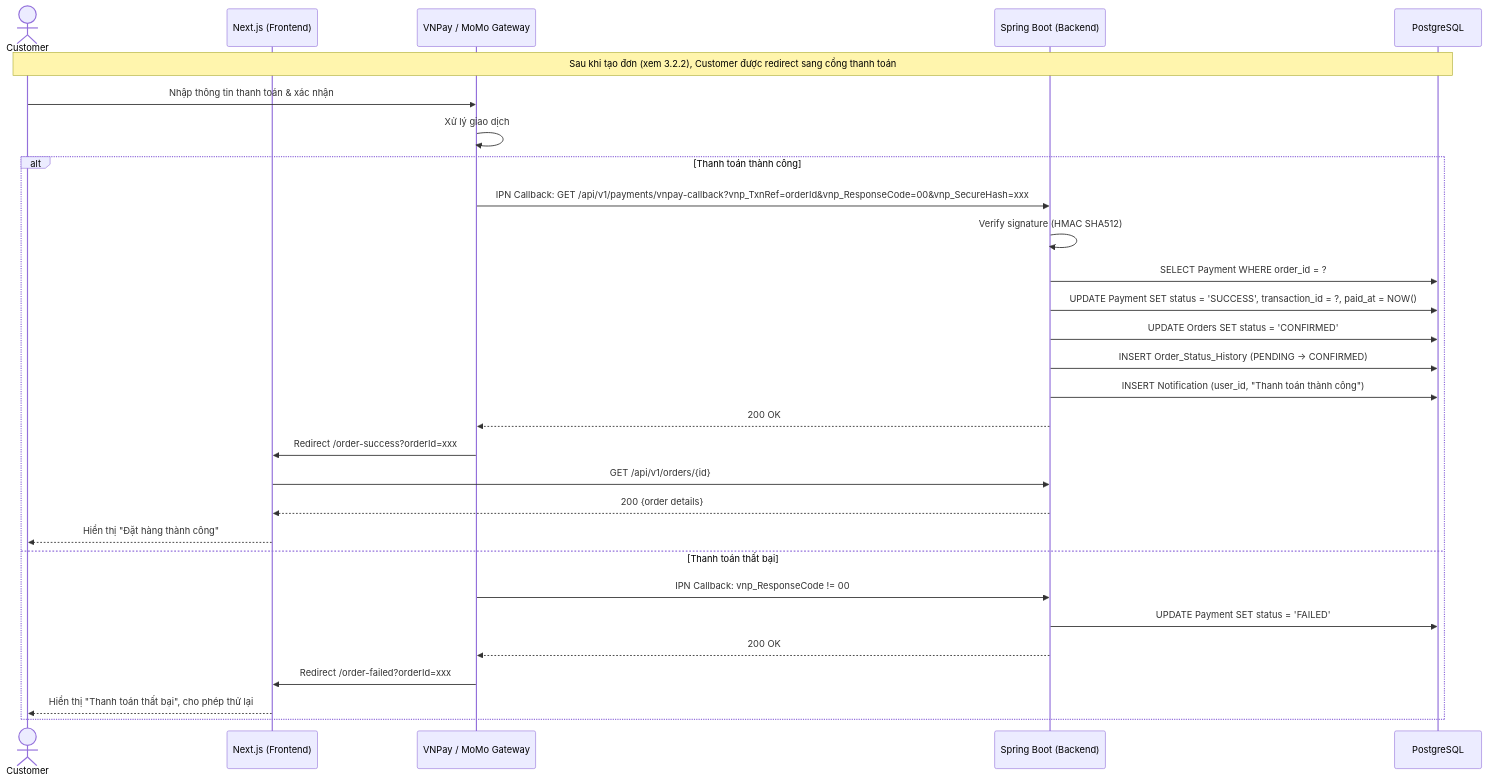
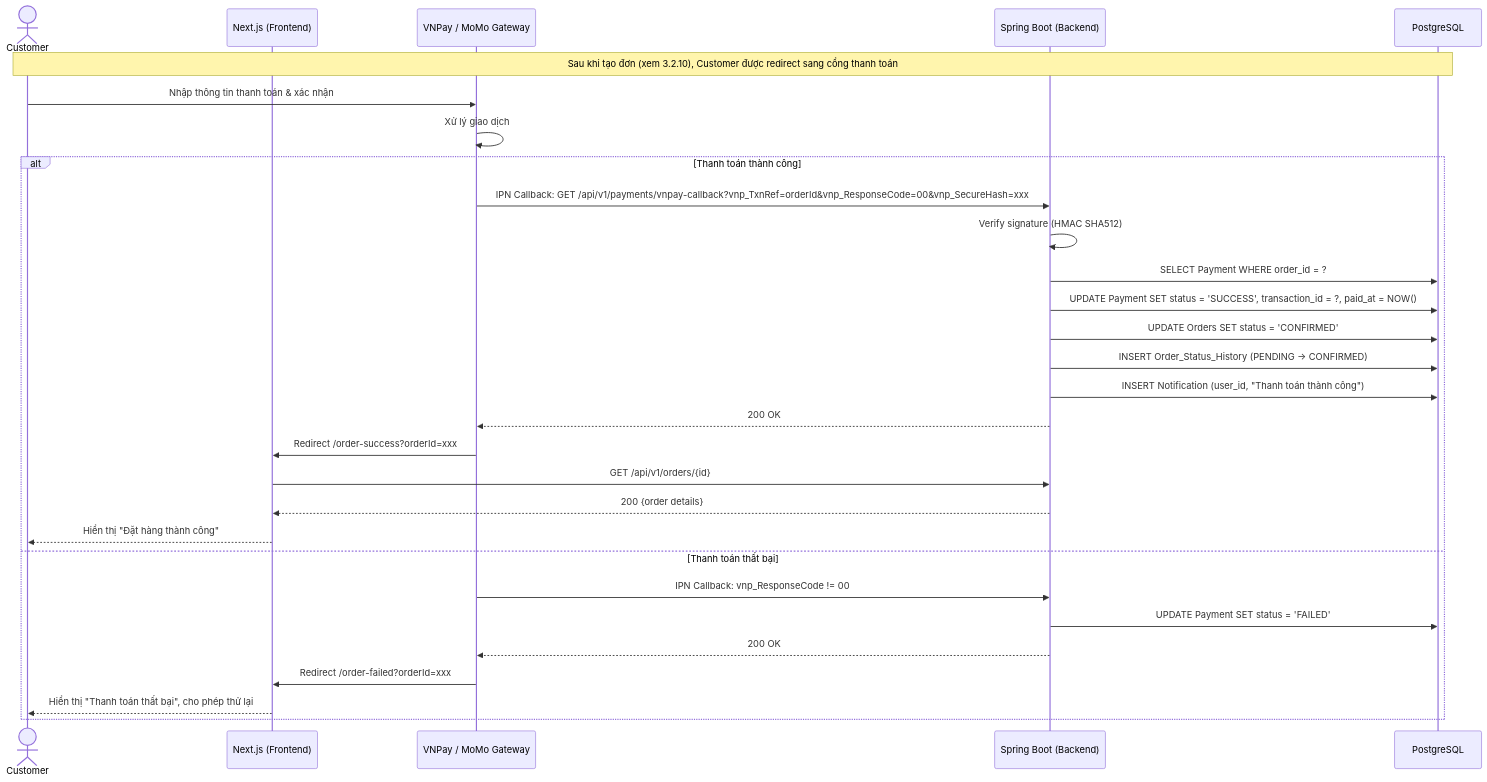
Diagram 16 of 35 in docs/design.md (huuhieu56/PC-Parts-ECommerce), drawn with Mermaid before and after one commit. The commit also changed other lines of this file and 1 other file, not shown here.

````diff
--- a/docs/design.md
+++ b/docs/design.md
@@ -1118,37 +1114,37 @@
 ```mermaid
 sequenceDiagram
     actor Customer
     participant FE as Next.js (Frontend)
     participant Pay as VNPay / MoMo Gateway
     participant BE as Spring Boot (Backend)
     participant DB as PostgreSQL
 
-    Note over Customer,DB: Sau khi tạo đơn (xem 3.2.2), Customer được redirect sang cổng thanh toán
+    Note over Customer,DB: Sau khi tạo đơn (xem 3.2.10), Customer được redirect sang cổng thanh toán
 
     Customer->>Pay: Nhập thông tin thanh toán & xác nhận
     Pay->>Pay: Xử lý giao dịch
 
     alt Thanh toán thành công
         Pay->>BE: IPN Callback: GET /api/v1/payments/vnpay-callback?vnp_TxnRef=orderId&vnp_ResponseCode=00&vnp_SecureHash=xxx
         BE->>BE: Verify signature (HMAC SHA512)
         BE->>DB: SELECT Payment WHERE order_id = ?
         BE->>DB: UPDATE Payment SET status = 'SUCCESS', transaction_id = ?, paid_at = NOW()
         BE->>DB: UPDATE Orders SET status = 'CONFIRMED'
         BE->>DB: INSERT Order_Status_History (PENDING → CONFIRMED)
         BE->>DB: INSERT Notification (user_id, "Thanh toán thành công")
         BE-->>Pay: 200 OK
 
         Pay->>FE: Redirect /order-success?orderId=xxx
         FE->>BE: GET /api/v1/orders/{id}
         BE-->>FE: 200 {order details}
         FE-->>Customer: Hiển thị "Đặt hàng thành công"
 
     else Thanh toán thất bại
         Pay->>BE: IPN Callback: vnp_ResponseCode != 00
         BE->>DB: UPDATE Payment SET status = 'FAILED'
         BE-->>Pay: 200 OK
 
         Pay->>FE: Redirect /order-failed?orderId=xxx
         FE-->>Customer: Hiển thị "Thanh toán thất bại", cho phép thử lại
     end
 ```
````
